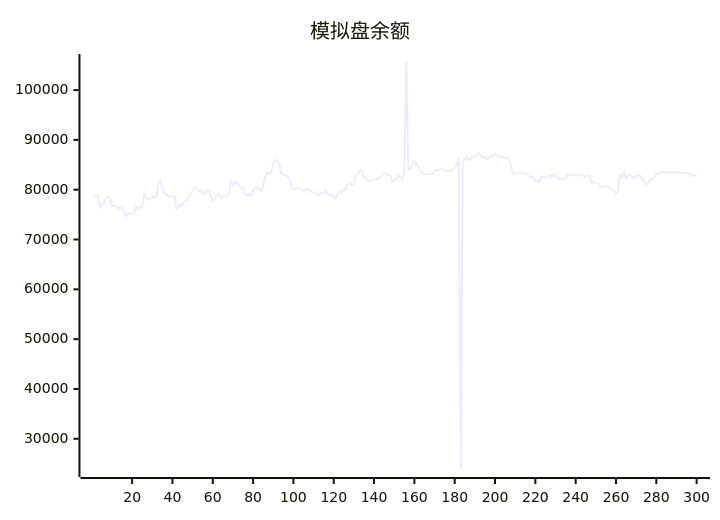
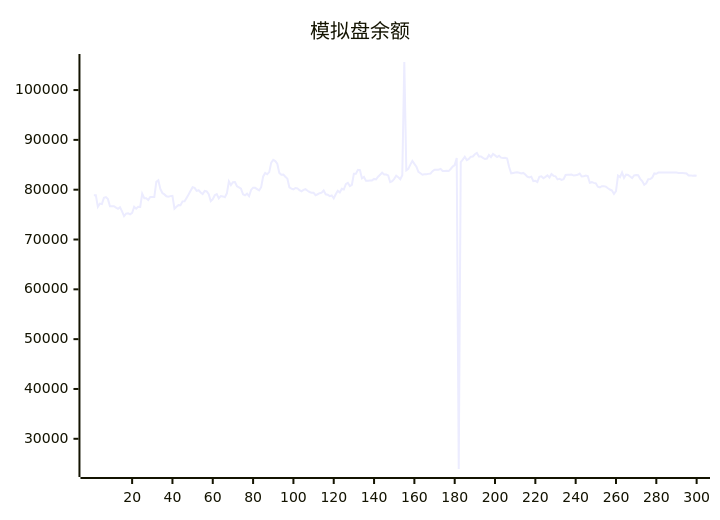
Before and after one commit to aahl/ai-trading: the diagram in README.md, drawn with Mermaid. The commit also changed other lines of this file and 1 other file, not shown here.

````diff
--- a/README.md
+++ b/README.md
@@ -5,5 +5,5 @@
 ```mermaid
 xychart
     title "模拟盘余额"
-    line [78850,78878,78878,76554,77202,77103,78357,78510,78106,76678,76677,76672,76411,76159,76485,75656,74695,75197,75246,75052,75334,76564,76179,76553,76551,79196,78300,78300,77944,78531,78531,78521,81564,81884,80160,79335,79055,78675,78580,78708,78764,76179,76586,76902,76876,77658,77669,78346,79023,79769,80497,80366,79761,79896,79448,79126,79749,79658,79097,77695,78114,78888,79126,78249,78738,78653,78478,79271,81680,80923,81488,81527,80681,80455,80190,79084,78879,79193,78686,79954,80403,80374,80118,79848,80491,82665,83351,83098,83525,85430,85983,85737,85221,83378,83014,83043,82613,82216,80477,80208,80081,80348,80277,79894,79670,79965,80093,79786,79542,79406,79371,78893,79087,79304,79406,79841,79072,78978,78696,78846,78272,79085,79787,79442,80198,80031,81120,81379,80718,80985,83214,83212,83993,83921,82270,82547,81776,81776,81866,81866,82158,82061,82596,83000,83408,83041,83050,82858,81503,81691,82188,82812,82517,82092,82901,105633,83898,84180,85030,85781,85178,84604,83569,83298,83008,83093,83107,83175,83228,83729,84025,84017,84019,84177,83775,83762,83785,83738,84160,84639,84939,86370,23934,85548,86046,86599,85942,86161,86622,86664,87115,87369,86666,86685,86384,86152,86243,86969,86548,87164,86885,86566,86809,86427,86348,86417,86273,84538,83299,83369,83430,83490,83404,83270,83362,83056,82605,82459,82614,81734,81788,81551,82598,82702,82320,82580,82878,82426,83139,82778,82686,82056,82166,81963,82110,82951,82983,82984,83038,82838,82915,82998,83235,82642,82682,82858,82746,81396,81512,81362,81277,80600,80461,80699,80673,80616,80288,80038,79836,79142,79722,82837,82533,83480,82366,83032,82960,82654,82330,82883,82934,82901,82188,81728,81005,81298,82110,82135,82449,83264,83203,83440,83439,83440,83440,83446,83447,83448,83447,83448,83449,83369,83369,83369,83313,83256,82872,82873,82801,82844]
+    line [78878,78878,76554,77202,77103,78357,78510,78106,76678,76677,76672,76411,76159,76485,75656,74695,75197,75246,75052,75334,76564,76179,76553,76551,79196,78300,78300,77944,78531,78531,78521,81564,81884,80160,79335,79055,78675,78580,78708,78764,76179,76586,76902,76876,77658,77669,78346,79023,79769,80497,80366,79761,79896,79448,79126,79749,79658,79097,77695,78114,78888,79126,78249,78738,78653,78478,79271,81680,80923,81488,81527,80681,80455,80190,79084,78879,79193,78686,79954,80403,80374,80118,79848,80491,82665,83351,83098,83525,85430,85983,85737,85221,83378,83014,83043,82613,82216,80477,80208,80081,80348,80277,79894,79670,79965,80093,79786,79542,79406,79371,78893,79087,79304,79406,79841,79072,78978,78696,78846,78272,79085,79787,79442,80198,80031,81120,81379,80718,80985,83214,83212,83993,83921,82270,82547,81776,81776,81866,81866,82158,82061,82596,83000,83408,83041,83050,82858,81503,81691,82188,82812,82517,82092,82901,105633,83898,84180,85030,85781,85178,84604,83569,83298,83008,83093,83107,83175,83228,83729,84025,84017,84019,84177,83775,83762,83785,83738,84160,84639,84939,86370,23934,85548,86046,86599,85942,86161,86622,86664,87115,87369,86666,86685,86384,86152,86243,86969,86548,87164,86885,86566,86809,86427,86348,86417,86273,84538,83299,83369,83430,83490,83404,83270,83362,83056,82605,82459,82614,81734,81788,81551,82598,82702,82320,82580,82878,82426,83139,82778,82686,82056,82166,81963,82110,82951,82983,82984,83038,82838,82915,82998,83235,82642,82682,82858,82746,81396,81512,81362,81277,80600,80461,80699,80673,80616,80288,80038,79836,79142,79722,82837,82533,83480,82366,83032,82960,82654,82330,82883,82934,82901,82188,81728,81005,81298,82110,82135,82449,83264,83203,83440,83439,83440,83440,83446,83447,83448,83447,83448,83449,83369,83369,83369,83313,83256,82872,82873,82801,82844,82785]
 ```
````
